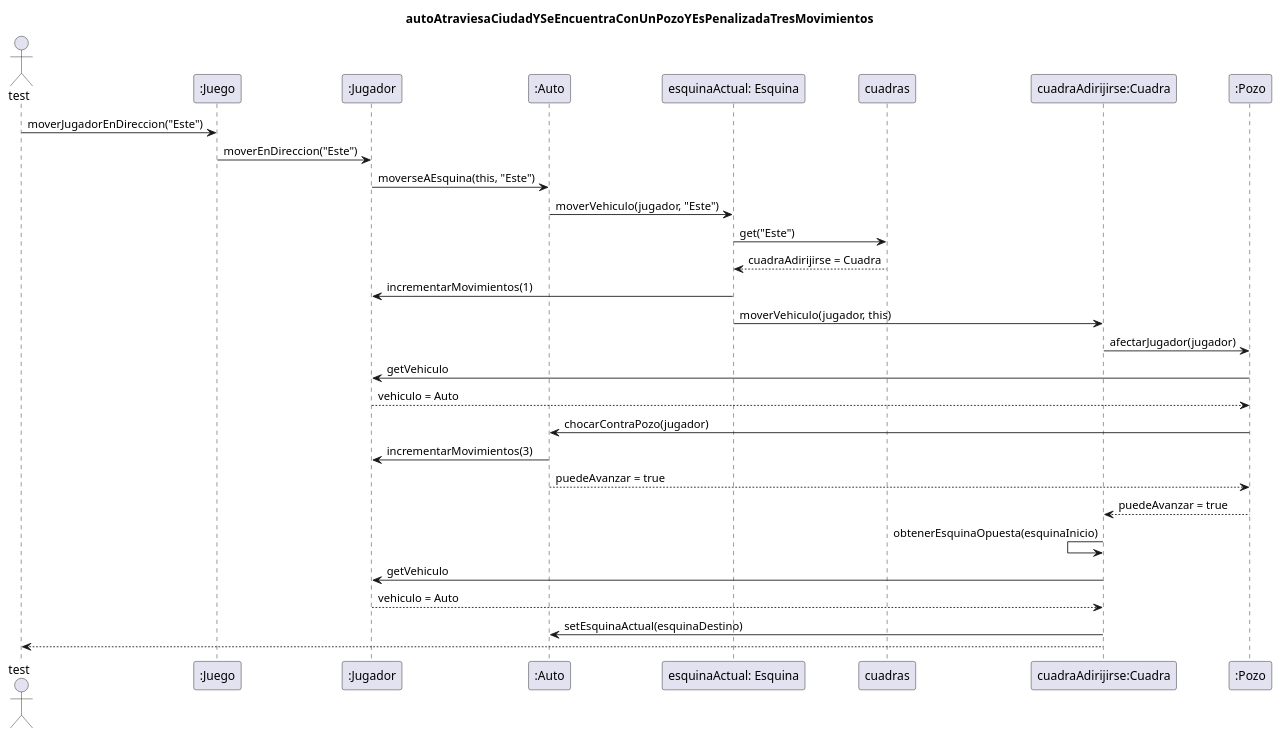
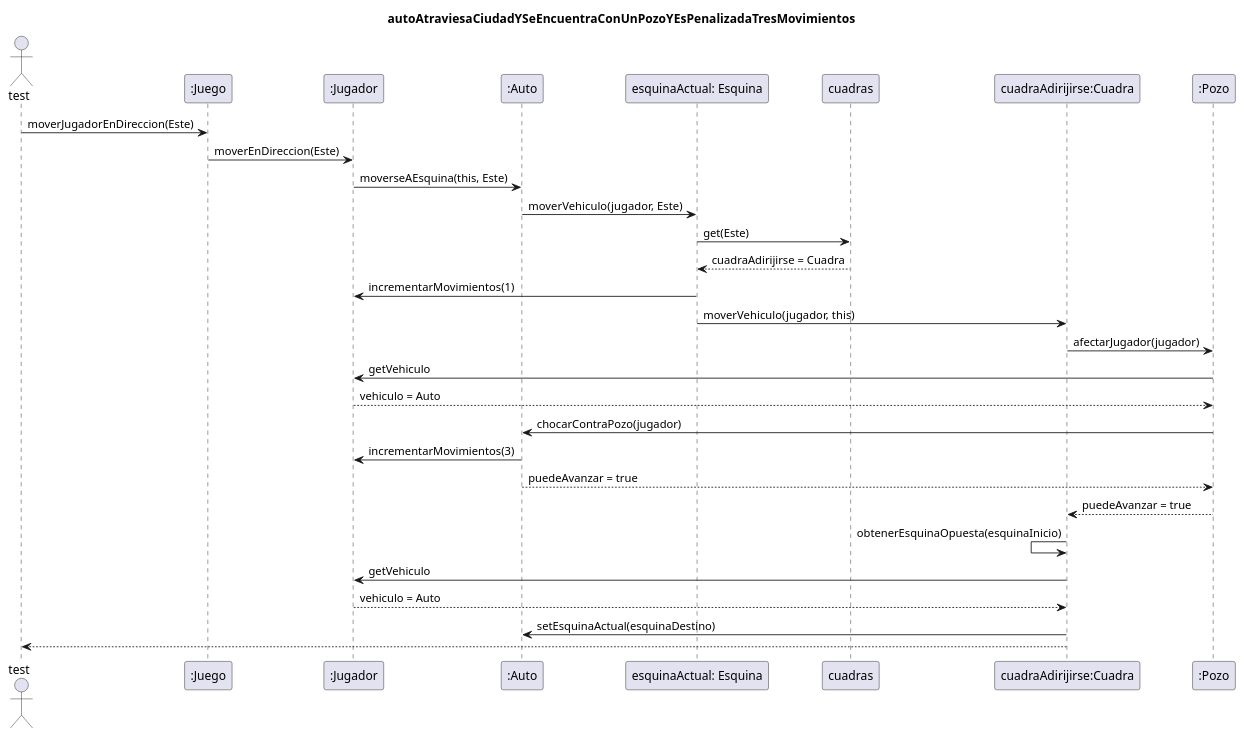
Before and after one commit to TP2Algo3FIUBA/tp2: the diagram in diagrams/sequences/entrega01/CasoDeUso02.plantuml, drawn with PlantUML. The commit also changed 10 other files, not shown here.

```diff
--- a/diagrams/sequences/entrega01/CasoDeUso02.plantuml
+++ b/diagrams/sequences/entrega01/CasoDeUso02.plantuml
@@ -1,28 +1,28 @@
 @startuml
 title: autoAtraviesaCiudadYSeEncuentraConUnPozoYEsPenalizadaTresMovimientos
 
 Actor test
-test -> ":Juego"  : moverJugadorEnDireccion("Este")
-":Juego"  -> ":Jugador" : moverEnDireccion("Este")
-":Jugador" -> ":Auto" : moverseAEsquina(this, "Este")
-":Auto"  -> "esquinaActual: Esquina" : moverVehiculo(jugador, "Este")
-"esquinaActual: Esquina" -> cuadras : get("Este")
+test -> ":Juego"  : moverJugadorEnDireccion(Este)
+":Juego"  -> ":Jugador" : moverEnDireccion(Este)
+":Jugador" -> ":Auto" : moverseAEsquina(this, Este)
+":Auto"  -> "esquinaActual: Esquina" : moverVehiculo(jugador, Este)
+"esquinaActual: Esquina" -> cuadras : get(Este)
 "esquinaActual: Esquina" <-- cuadras : cuadraAdirijirse = Cuadra
 "esquinaActual: Esquina" -> ":Jugador" : incrementarMovimientos(1)
 "esquinaActual: Esquina" -> "cuadraAdirijirse:Cuadra" : moverVehiculo(jugador, this)
 "cuadraAdirijirse:Cuadra" -> ":Pozo"  : afectarJugador(jugador)
 ":Pozo"  -> ":Jugador" : getVehiculo
 ":Pozo"  <-- ":Jugador" : vehiculo = Auto
 ":Pozo"  -> ":Auto"  : chocarContraPozo(jugador)
 ":Auto"  -> ":Jugador" : incrementarMovimientos(3)
 ":Pozo"  <-- ":Auto"  : puedeAvanzar = true
 "cuadraAdirijirse:Cuadra" <-- ":Pozo"  : puedeAvanzar = true
 "cuadraAdirijirse:Cuadra" <- "cuadraAdirijirse:Cuadra" : obtenerEsquinaOpuesta(esquinaInicio)
 "cuadraAdirijirse:Cuadra" -> ":Jugador" : getVehiculo
 "cuadraAdirijirse:Cuadra" <-- ":Jugador" : vehiculo = Auto
 "cuadraAdirijirse:Cuadra" -> ":Auto"  : setEsquinaActual(esquinaDestino)
 test <-- "cuadraAdirijirse:Cuadra"
 
 
 
 @enduml
```
